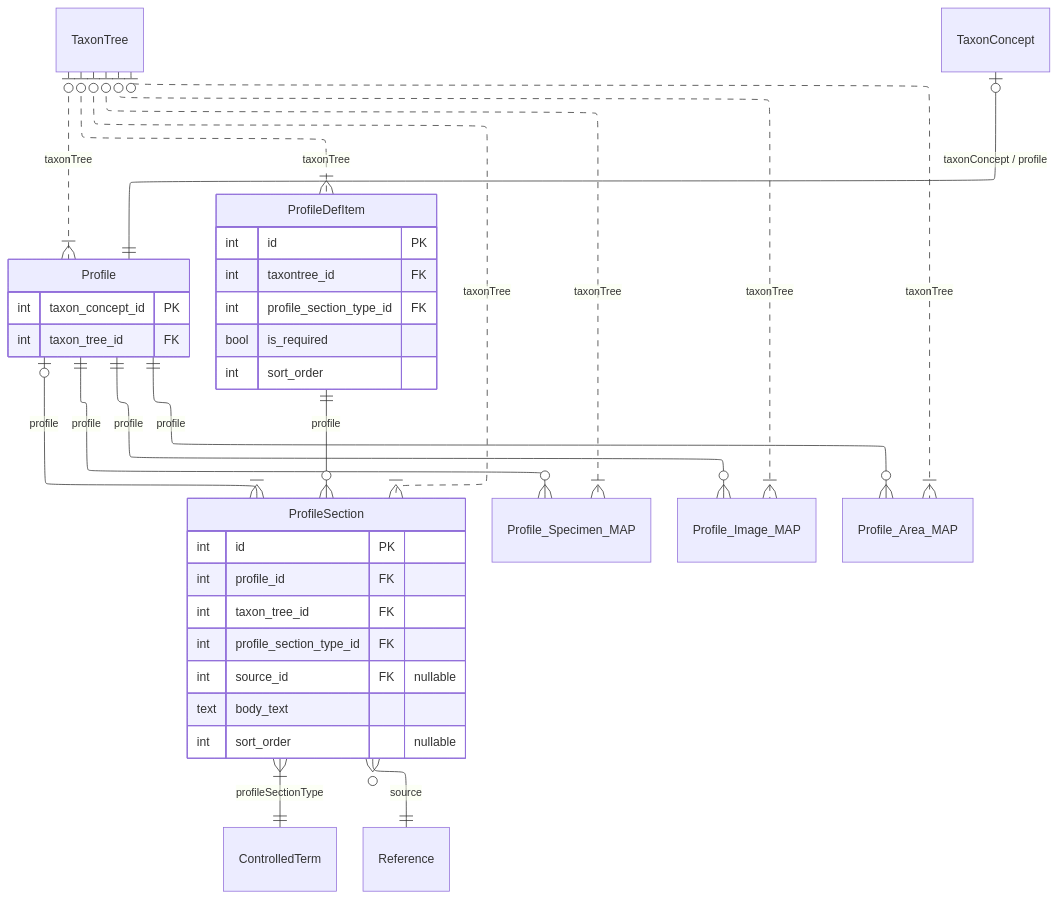
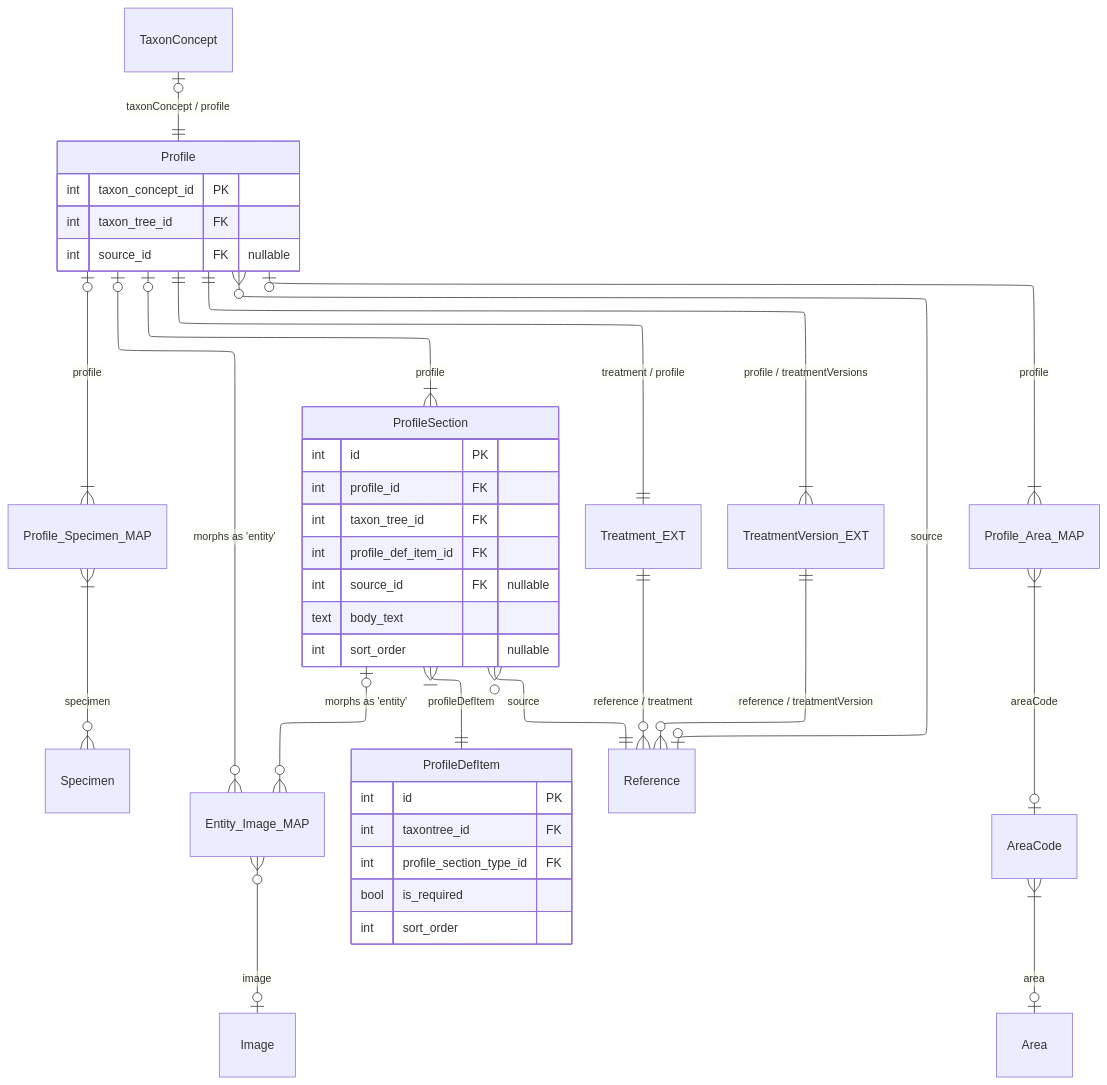
The seventh of 18 diagrams in docs/layers.md (vicflora/vicflora-data-model-2026), drawn with Mermaid before and after one commit. The commit also changed other lines of this file and 2 other files, not shown here.

````diff
--- a/docs/layers.md
+++ b/docs/layers.md
@@ -442,46 +508,59 @@
 ```mermaid
 ---
 config:
     layout: elk
 ---
 erDiagram
-    TaxonTree |o..|{ Profile : "taxonTree"
-    TaxonTree |o..|{ ProfileDefItem : "taxonTree"
-    TaxonTree |o..|{ ProfileSection : "taxonTree"
-    TaxonTree |o..|{ Profile_Specimen_MAP : "taxonTree"
-    TaxonTree |o..|{ Profile_Image_MAP : "taxonTree"
-    TaxonTree |o..|{ Profile_Area_MAP : "taxonTree"
+    TaxonConcept |o--|| Profile : "taxonConcept / profile"
 
-    TaxonConcept |o--|| Profile : "taxonConcept / profile"
-    Profile ||--o{ Profile_Area_MAP : "profile"
-    Profile ||--o{ Profile_Image_MAP : "profile"
-    Profile ||--o{ Profile_Specimen_MAP : "profile"
-    ProfileDefItem ||--o{ ProfileSection : "profile"
+    %% Vouchers
+    Profile |o--|{ Profile_Specimen_MAP : "profile"
+    Profile_Specimen_MAP }|--o{ Specimen : "specimen"
+
+    %% Media
+    Profile |o--o{ Entity_Image_MAP : "morphs as 'entity'"
+    ProfileSection |o--o{ Entity_Image_MAP : "morphs as 'entity'"
+    Entity_Image_MAP }o--o| Image : "image"
+
+    %% Sections
     Profile |o--|{ ProfileSection : "profile"
-    ProfileSection }|--|| ControlledTerm : "profileSectionType"
+    ProfileSection }|--|| ProfileDefItem : "profileDefItem"
+
+    %% References
+    Profile }o--o| Reference : "source"
     ProfileSection }o--|| Reference : "source"
+    Profile ||--|| Treatment_EXT : "treatment / profile"
+    Treatment_EXT ||--o{ Reference : "reference / treatment" 
+    Profile ||--|{ TreatmentVersion_EXT : "profile / treatmentVersions"
+    TreatmentVersion_EXT ||--o{ Reference : "reference / treatmentVersion"
+
+    %% Distribution
+    Profile |o--|{ Profile_Area_MAP : "profile"
+    Profile_Area_MAP }|--o| AreaCode : "areaCode"
+    AreaCode }|--o| Area : "area"
 
     Profile {
         int taxon_concept_id PK
         int taxon_tree_id FK
+        int source_id FK "nullable"
     }
 
     ProfileDefItem {
         int id PK
         int taxontree_id FK
         int profile_section_type_id FK
         bool is_required
         int sort_order
 
     }
 
     ProfileSection {
         int id PK
         int profile_id FK
         int taxon_tree_id FK
-        int profile_section_type_id FK
+        int profile_def_item_id FK
         int source_id FK "nullable"
         text body_text
         int sort_order "nullable"
     }
 ```
````
